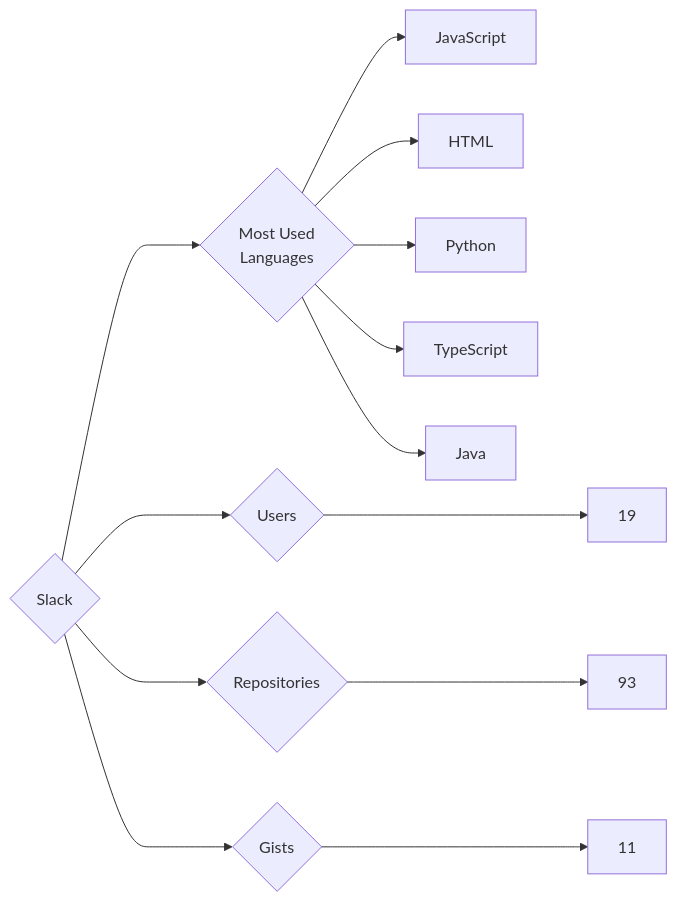
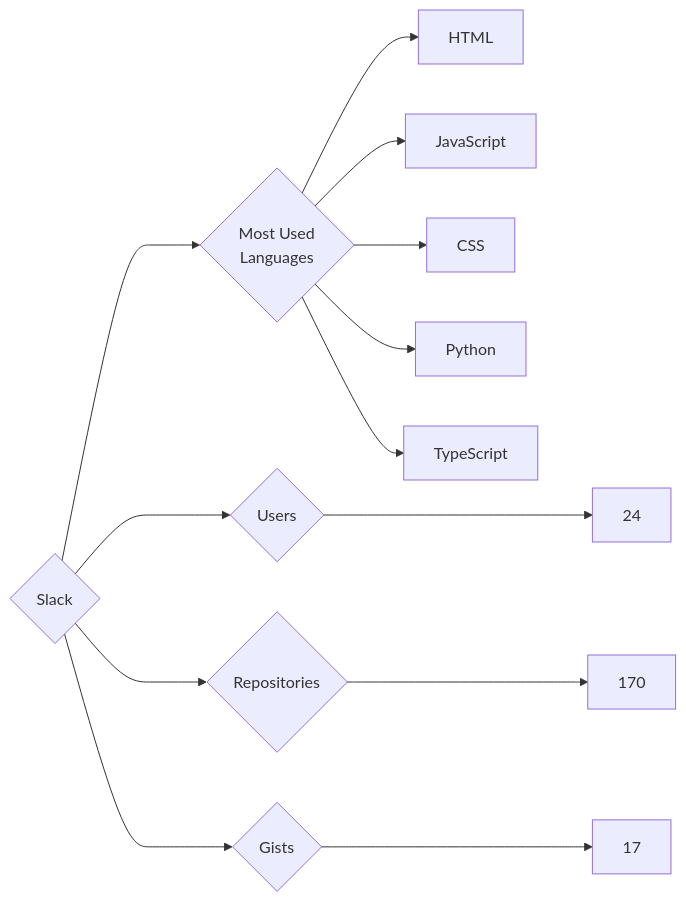
The diagram in targets/Slack/README.md (trickest/insiders), drawn with Mermaid before and after one commit. The commit also changed 1011 other files, not shown here.

````diff
--- a/targets/Slack/README.md
+++ b/targets/Slack/README.md
@@ -3,13 +3,13 @@
 ```mermaid
 graph LR
 COMPANY_NAME{Slack}
-COMPANY_NAME ---> U{Users} ---> UN[19]
-COMPANY_NAME ---> R{Repositories} ---> RN[93]
-COMPANY_NAME ---> G{Gists} ---> GN[11]
+COMPANY_NAME ---> U{Users} ---> UN[24]
+COMPANY_NAME ---> R{Repositories} ---> RN[170]
+COMPANY_NAME ---> G{Gists} ---> GN[17]
 COMPANY_NAME ---> ML{Most Used<br>Languages}
+ML --> HTML[HTML]
 ML --> JavaScript[JavaScript]
-ML --> HTML[HTML]
+ML --> CSS[CSS]
 ML --> Python[Python]
 ML --> TypeScript[TypeScript]
-ML --> Java[Java]
 ```
````
